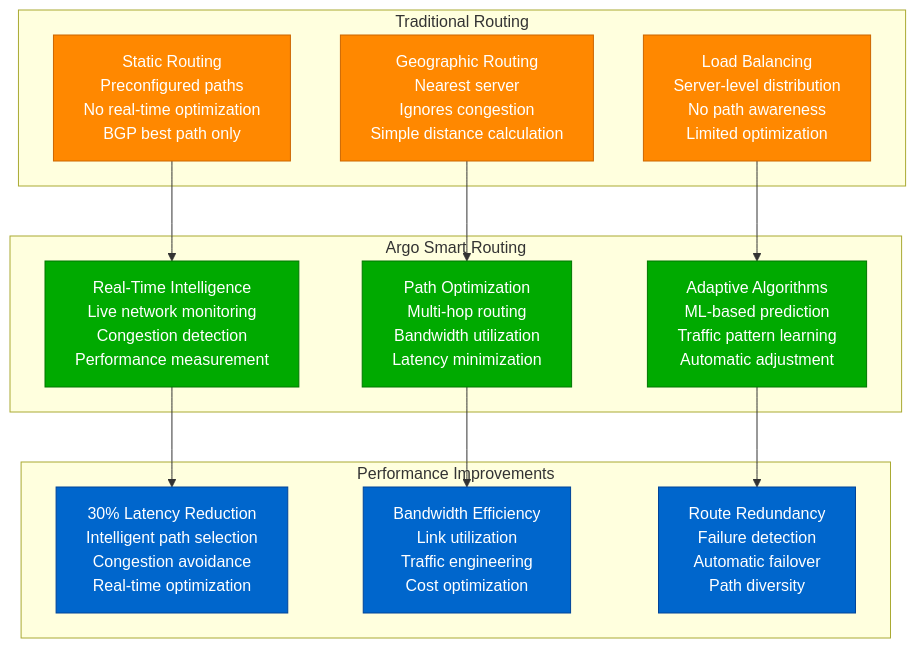
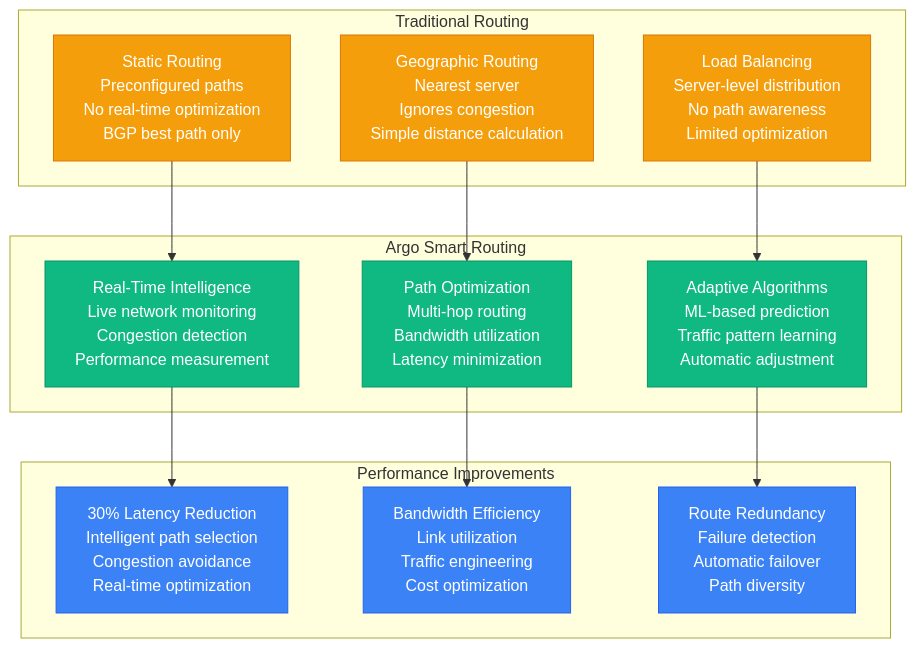
Before and after one commit to deepaucksharma/DS: the fourth of 8 diagrams in site/docs/systems/cloudflare/novel-solutions.md, drawn with Mermaid. The commit also changed other lines of this file and 303 other files, not shown here.

````diff
--- a/site/docs/systems/cloudflare/novel-solutions.md
+++ b/site/docs/systems/cloudflare/novel-solutions.md
@@ -197,38 +197,38 @@
 ```mermaid
 graph TB
     subgraph "Traditional Routing"
         STATIC[Static Routing<br/>Preconfigured paths<br/>No real-time optimization<br/>BGP best path only]
         GEOGRAPHIC[Geographic Routing<br/>Nearest server<br/>Ignores congestion<br/>Simple distance calculation]
         LOAD_BALANCE[Load Balancing<br/>Server-level distribution<br/>No path awareness<br/>Limited optimization]
     end
 
     subgraph "Argo Smart Routing"
         REAL_TIME[Real-Time Intelligence<br/>Live network monitoring<br/>Congestion detection<br/>Performance measurement]
         PATH_OPTIMIZATION[Path Optimization<br/>Multi-hop routing<br/>Bandwidth utilization<br/>Latency minimization]
         ADAPTIVE[Adaptive Algorithms<br/>ML-based prediction<br/>Traffic pattern learning<br/>Automatic adjustment]
     end
 
     %% Routing evolution
     STATIC --> REAL_TIME
     GEOGRAPHIC --> PATH_OPTIMIZATION
     LOAD_BALANCE --> ADAPTIVE
 
     subgraph "Performance Improvements"
         LATENCY[30% Latency Reduction<br/>Intelligent path selection<br/>Congestion avoidance<br/>Real-time optimization]
         THROUGHPUT[Bandwidth Efficiency<br/>Link utilization<br/>Traffic engineering<br/>Cost optimization]
         RELIABILITY[Route Redundancy<br/>Failure detection<br/>Automatic failover<br/>Path diversity]
     end
 
     REAL_TIME --> LATENCY
     PATH_OPTIMIZATION --> THROUGHPUT
     ADAPTIVE --> RELIABILITY
 
     %% Apply routing colors
-    classDef traditionalStyle fill:#FF8800,stroke:#CC6600,color:#fff
-    classDef smartStyle fill:#00AA00,stroke:#007700,color:#fff
-    classDef benefitStyle fill:#0066CC,stroke:#004499,color:#fff
+    classDef traditionalStyle fill:#F59E0B,stroke:#D97706,color:#fff
+    classDef smartStyle fill:#10B981,stroke:#059669,color:#fff
+    classDef benefitStyle fill:#3B82F6,stroke:#2563EB,color:#fff
 
     class STATIC,GEOGRAPHIC,LOAD_BALANCE traditionalStyle
     class REAL_TIME,PATH_OPTIMIZATION,ADAPTIVE smartStyle
     class LATENCY,THROUGHPUT,RELIABILITY benefitStyle
 ```
````
